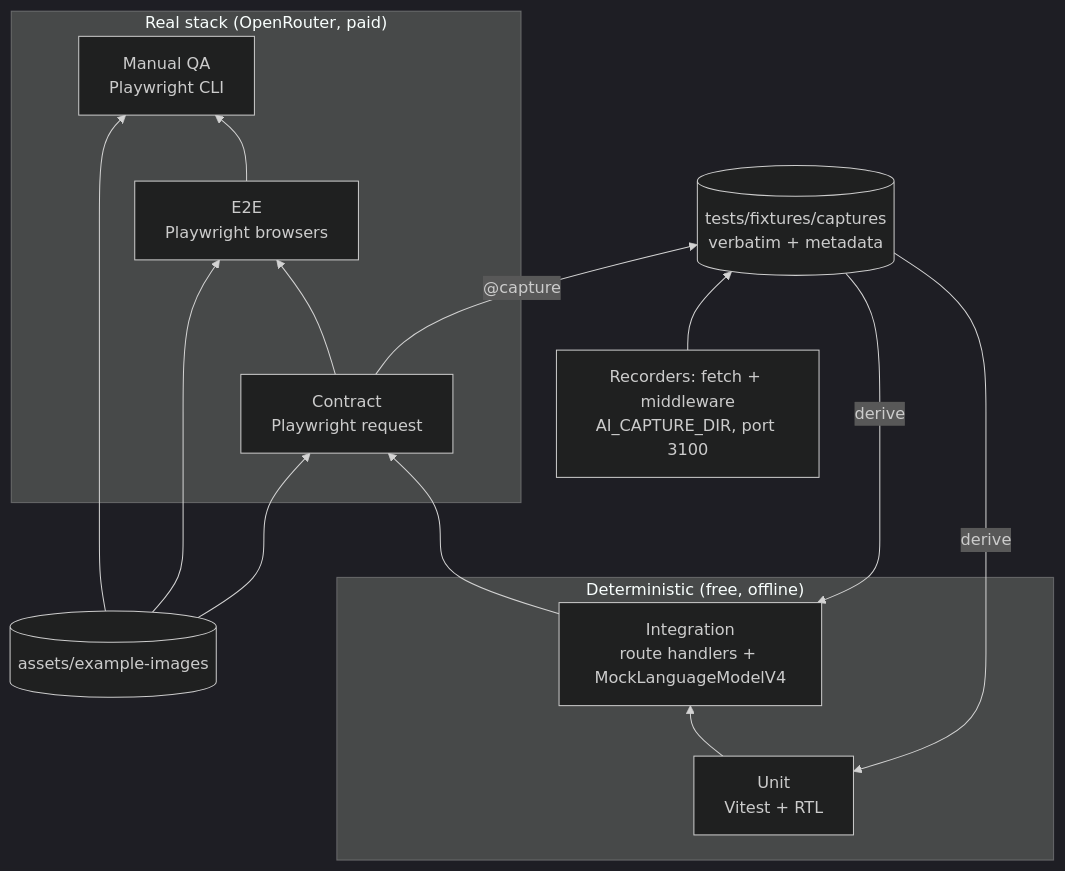
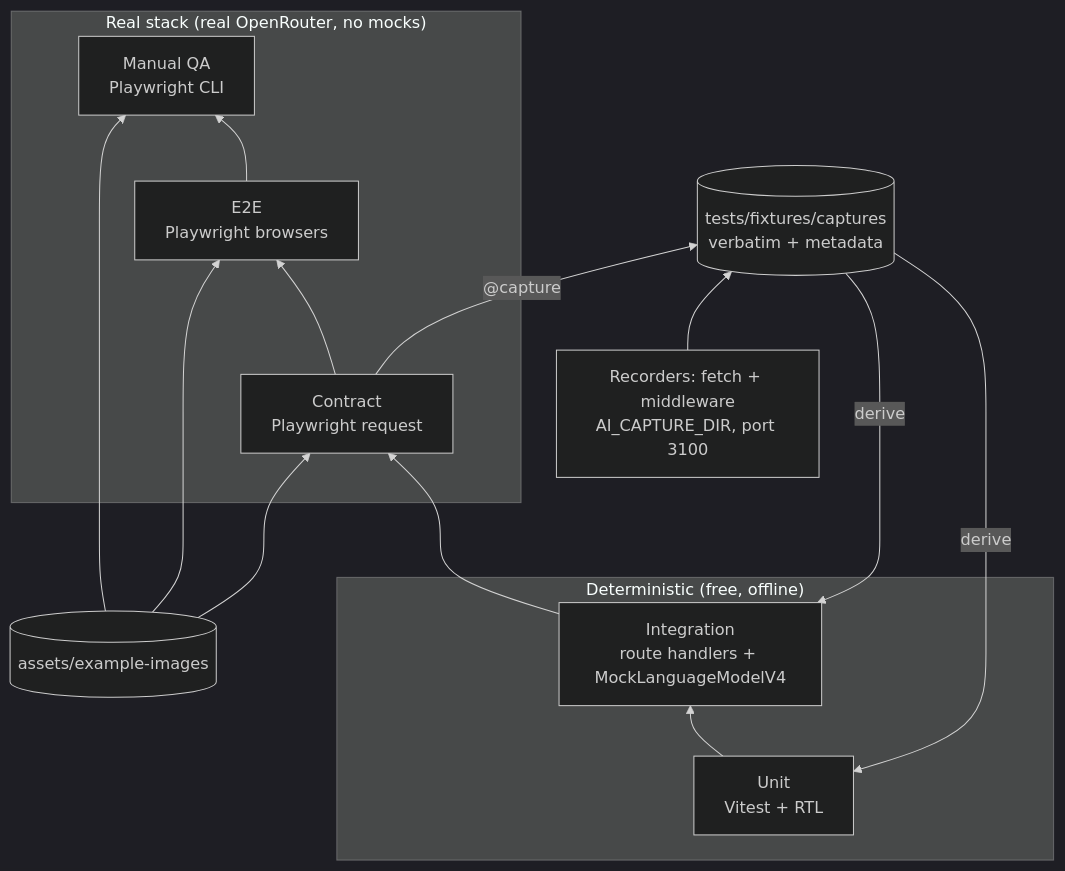
Before and after one commit to LucasMatuszewski/jsystems-claude-code-2026-10: the first of 3 diagrams in docs/ADR/005-testing.md, drawn with Mermaid (dark theme). The commit also changed other lines of this file and 1 other file, not shown here.

````diff
--- a/docs/ADR/005-testing.md
+++ b/docs/ADR/005-testing.md
@@ -227,22 +227,22 @@
 ```mermaid
 flowchart BT
     subgraph Deterministic["Deterministic (free, offline)"]
         U[Unit<br/>Vitest + RTL]
         I[Integration<br/>route handlers + MockLanguageModelV4]
     end
-    subgraph Real["Real stack (OpenRouter, paid)"]
+    subgraph Real["Real stack (real OpenRouter, no mocks)"]
         C[Contract<br/>Playwright request]
         E[E2E<br/>Playwright browsers]
         M[Manual QA<br/>Playwright CLI]
     end
     IMG[(assets/example-images)]
     CAP[(tests/fixtures/captures<br/>verbatim + metadata)]
     REC[Recorders: fetch + middleware<br/>AI_CAPTURE_DIR, port 3100] --> CAP
     C -- "@capture" --> CAP
     CAP -- derive --> I
     CAP -- derive --> U
     IMG --> C
     IMG --> E
     IMG --> M
     U --> I --> C --> E --> M
 ```
````
